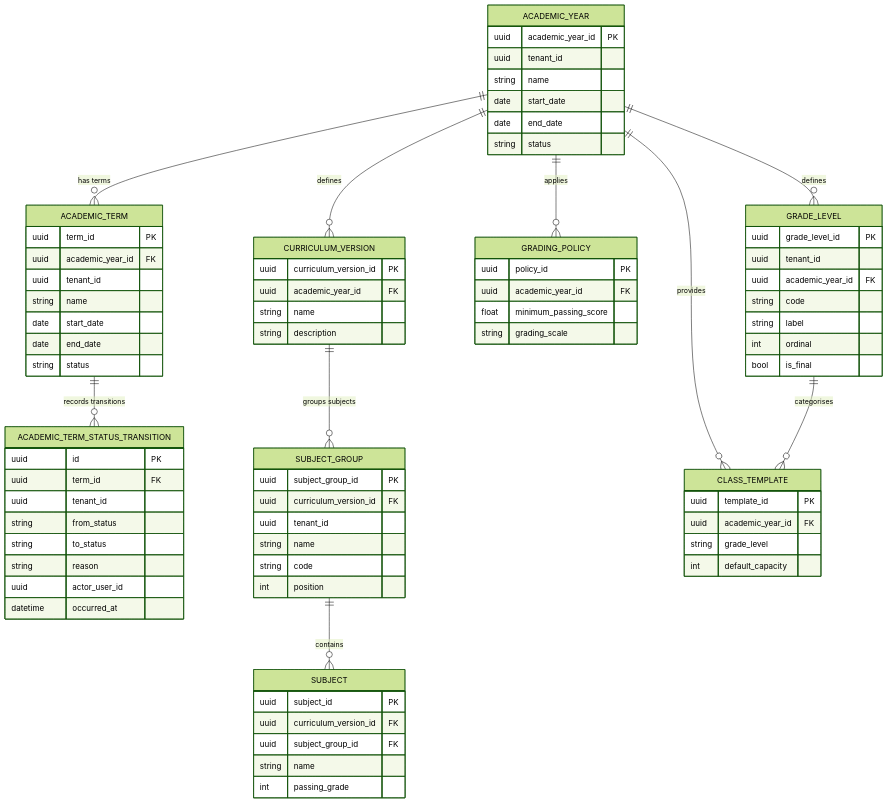
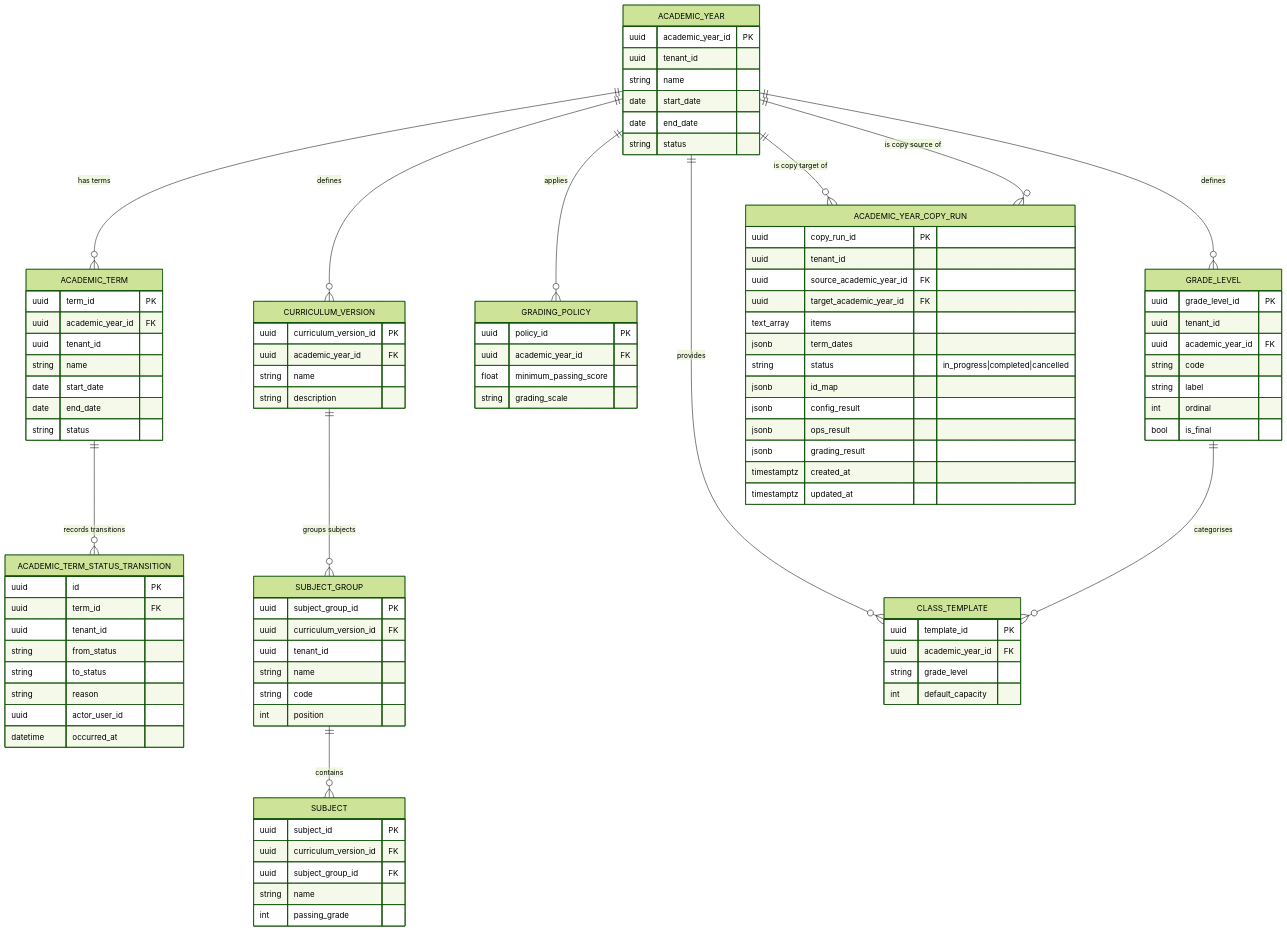
Before and after one commit to protocyber/akademiq: the diagram in docs/internal/10_data_design/03_Academic_Config_Service_ERD.md, drawn with Mermaid (forest theme). The commit also changed other lines of this file and 6 other files, not shown here.

Commit message:
docs: academic year copy contracts, sequence and backlog

````diff
--- a/docs/internal/10_data_design/03_Academic_Config_Service_ERD.md
+++ b/docs/internal/10_data_design/03_Academic_Config_Service_ERD.md
@@ -82,6 +82,22 @@
 
 ACADEMIC_YEAR ||--o{ ACADEMIC_TERM : "has terms"
 ACADEMIC_TERM ||--o{ ACADEMIC_TERM_STATUS_TRANSITION : "records transitions"
+ACADEMIC_YEAR_COPY_RUN {
+  uuid copy_run_id PK
+  uuid tenant_id
+  uuid source_academic_year_id FK
+  uuid target_academic_year_id FK
+  text_array items
+  jsonb term_dates
+  string status "in_progress|completed|cancelled"
+  jsonb id_map
+  jsonb config_result
+  jsonb ops_result
+  jsonb grading_result
+  timestamptz created_at
+  timestamptz updated_at
+}
+
 ACADEMIC_YEAR ||--o{ CURRICULUM_VERSION : defines
 CURRICULUM_VERSION ||--o{ SUBJECT_GROUP : "groups subjects"
 SUBJECT_GROUP ||--o{ SUBJECT : contains
@@ -89,4 +105,6 @@
 ACADEMIC_YEAR ||--o{ CLASS_TEMPLATE : provides
 ACADEMIC_YEAR ||--o{ GRADE_LEVEL : defines
 GRADE_LEVEL ||--o{ CLASS_TEMPLATE : categorises
+ACADEMIC_YEAR ||--o{ ACADEMIC_YEAR_COPY_RUN : "is copy target of"
+ACADEMIC_YEAR ||--o{ ACADEMIC_YEAR_COPY_RUN : "is copy source of"
 ```
````
